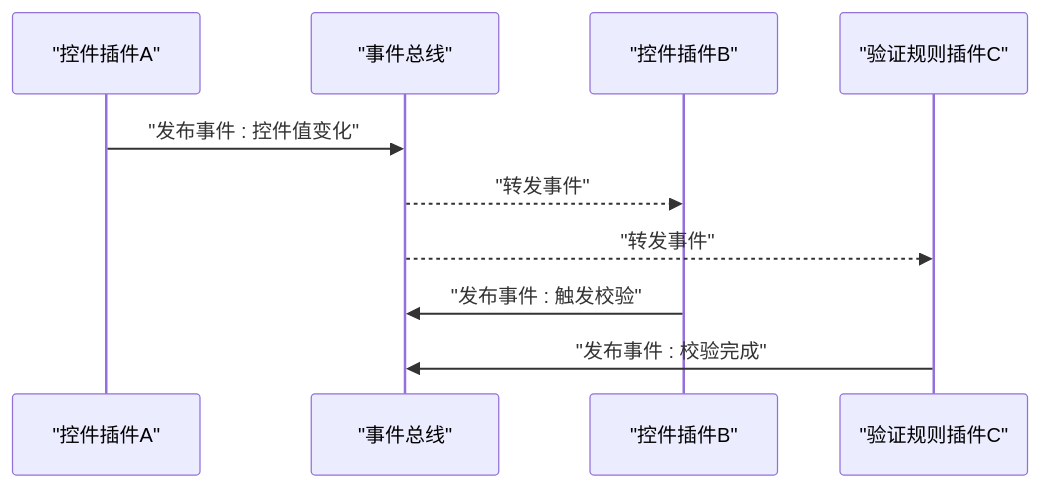
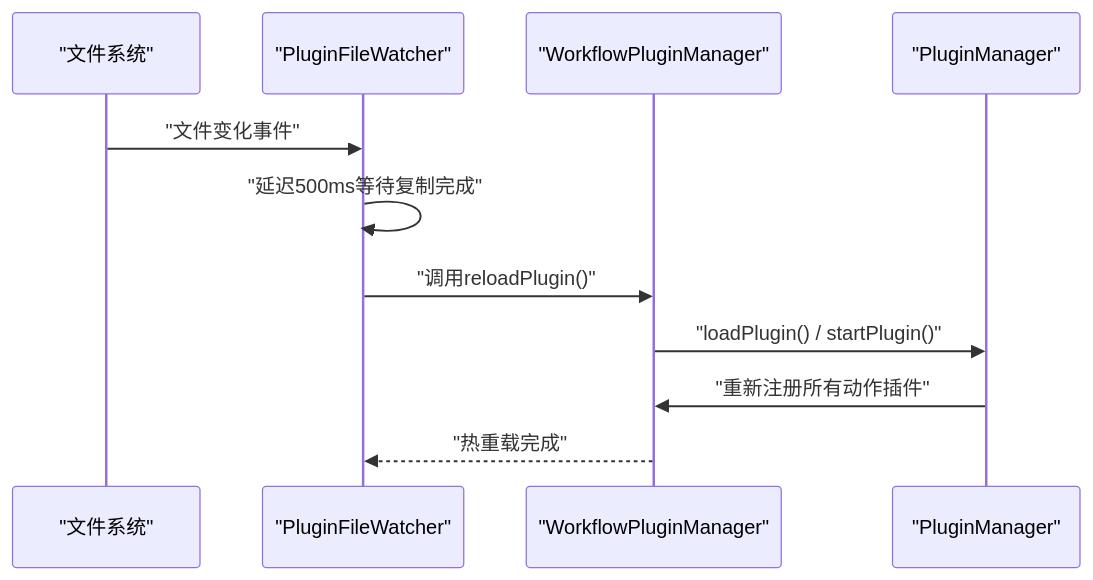
The sixth of 7 diagrams in .qoder/repowiki/zh/content/扩展开发/插件系统设计.md (NJMrLi/genetics), drawn with Mermaid before and after one commit. The commit also changed other lines of this file and 19 other files, not shown here.

````diff
--- a/.qoder/repowiki/zh/content/扩展开发/插件系统设计.md
+++ b/.qoder/repowiki/zh/content/扩展开发/插件系统设计.md
@@ -294,12 +257,13 @@
 ```mermaid
 sequenceDiagram
-participant P1 as "控件插件A"
-participant Bus as "事件总线"
-participant P2 as "控件插件B"
-participant P3 as "验证规则插件C"
-P1->>Bus : "发布事件 : 控件值变化"
-Bus-->>P2 : "转发事件"
-Bus-->>P3 : "转发事件"
-P2->>Bus : "发布事件 : 触发校验"
-P3->>Bus : "发布事件 : 校验完成"
+participant FS as "文件系统"
+participant Watcher as "PluginFileWatcher"
+participant Manager as "WorkflowPluginManager"
+participant PM as "PluginManager"
+FS->>Watcher : "文件变化事件"
+Watcher->>Watcher : "延迟500ms等待复制完成"
+Watcher->>Manager : "调用reloadPlugin()"
+Manager->>PM : "loadPlugin() / startPlugin()"
+PM->>Manager : "重新注册所有动作插件"
+Manager-->>Watcher : "热重载完成"
 ```
````
